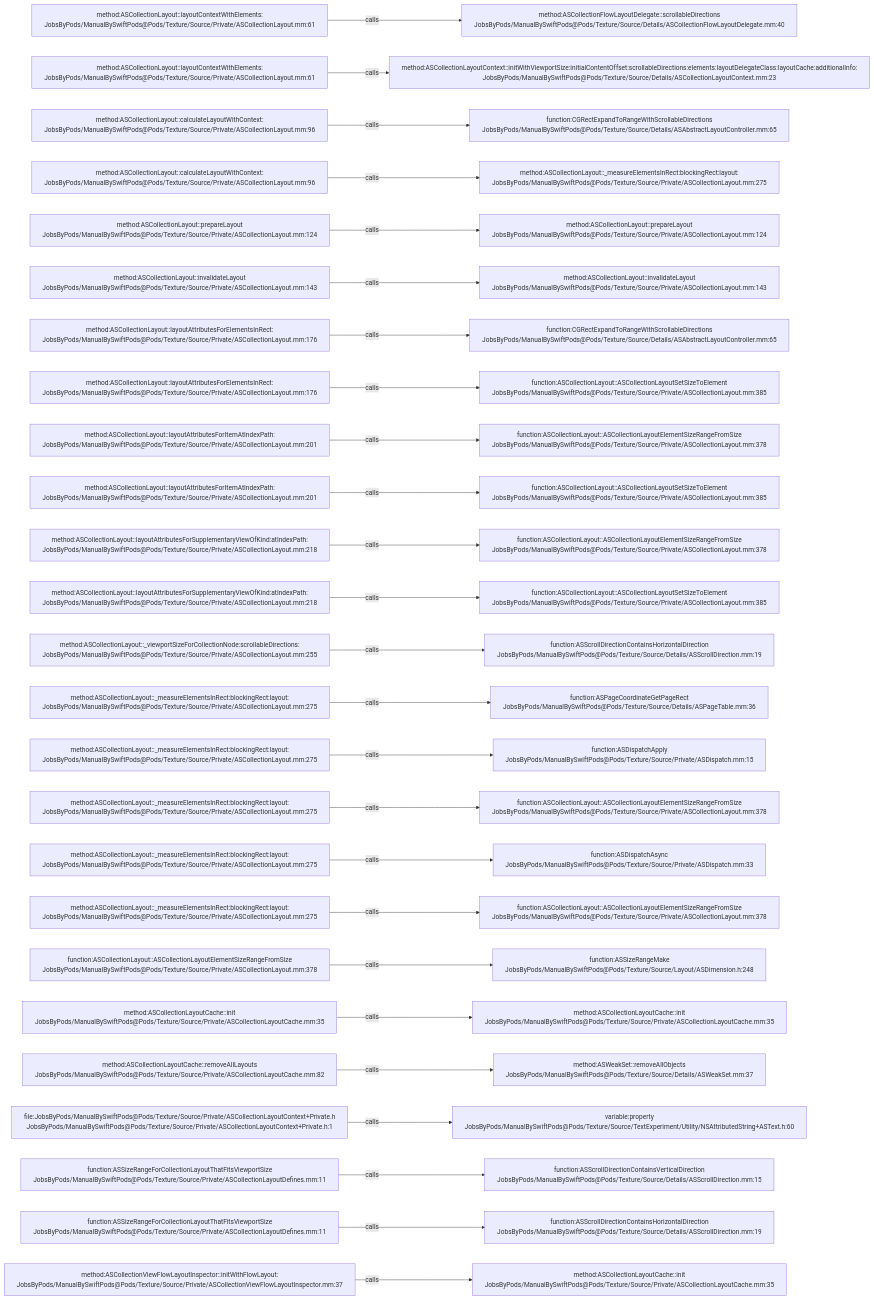
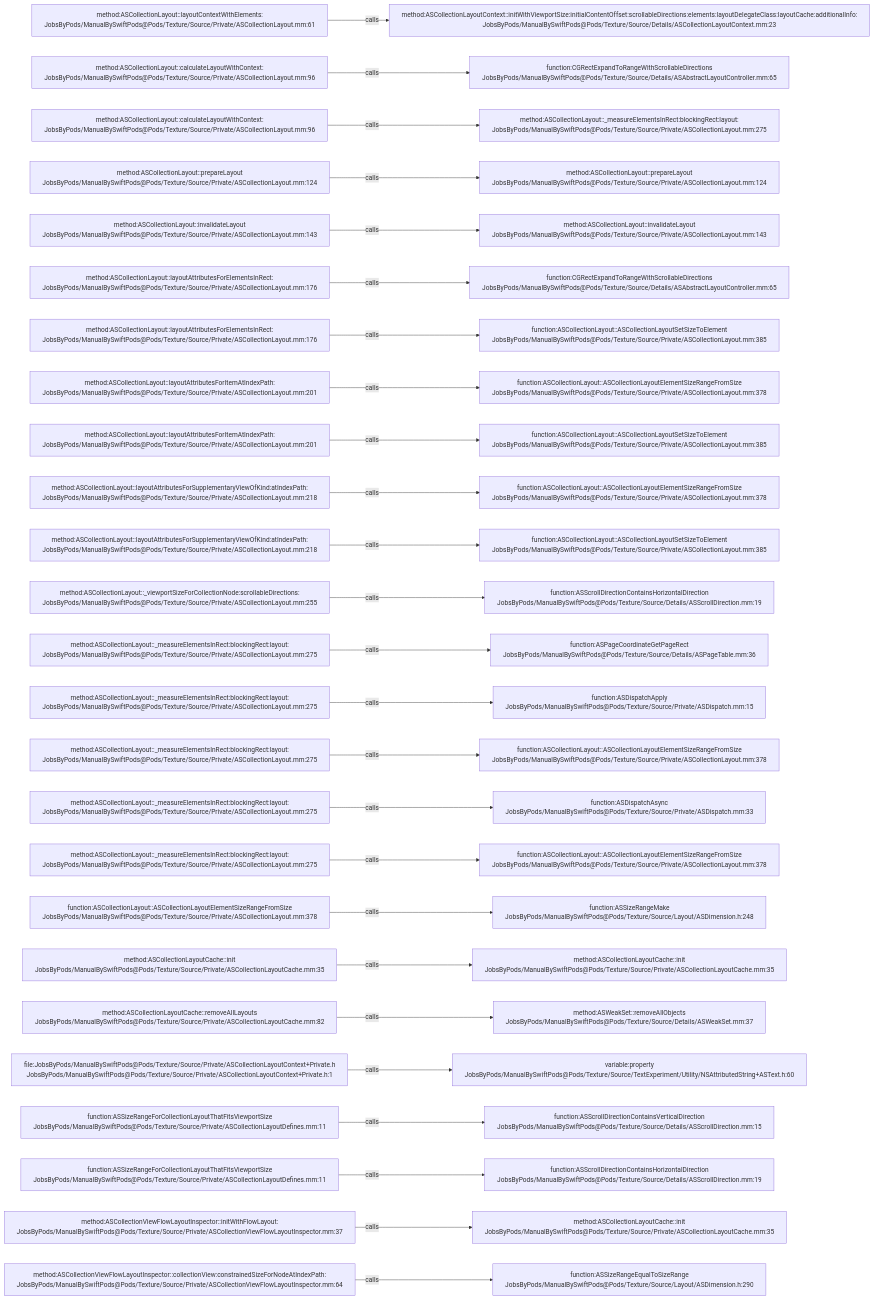
Before and after one commit to JobsKits/JobsSwiftBaseConfigDemo: the diagram in .codegraph/codegraph.md/graphs/calls-115.md, drawn with Mermaid. The commit also changed 747 other files, not shown here.

````diff
--- a/.codegraph/codegraph.md/graphs/calls-115.md
+++ b/.codegraph/codegraph.md/graphs/calls-115.md
@@ -13,78 +13,78 @@
 ```mermaid
 flowchart LR
   S1["method:ASCollectionLayout::layoutContextWithElements:<br/>JobsByPods/ManualBySwiftPods@Pods/Texture/Source/Private/ASCollectionLayout.mm:61"]
-  T1["method:ASCollectionFlowLayoutDelegate::scrollableDirections<br/>JobsByPods/ManualBySwiftPods@Pods/Texture/Source/Details/ASCollectionFlowLayoutDelegate.mm:40"]
+  T1["method:ASCollectionLayoutContext::initWithViewportSize:initialContentOffset:scrollableDirections:elements:layoutDelegateClass:layoutCache:additionalInfo:<br/>JobsByPods/ManualBySwiftPods@Pods/Texture/Source/Details/ASCollectionLayoutContext.mm:23"]
   S1 -->|calls| T1
-  S2["method:ASCollectionLayout::layoutContextWithElements:<br/>JobsByPods/ManualBySwiftPods@Pods/Texture/Source/Private/ASCollectionLayout.mm:61"]
-  T2["method:ASCollectionLayoutContext::initWithViewportSize:initialContentOffset:scrollableDirections:elements:layoutDelegateClass:layoutCache:additionalInfo:<br/>JobsByPods/ManualBySwiftPods@Pods/Texture/Source/Details/ASCollectionLayoutContext.mm:23"]
+  S2["method:ASCollectionLayout::calculateLayoutWithContext:<br/>JobsByPods/ManualBySwiftPods@Pods/Texture/Source/Private/ASCollectionLayout.mm:96"]
+  T2["function:CGRectExpandToRangeWithScrollableDirections<br/>JobsByPods/ManualBySwiftPods@Pods/Texture/Source/Details/ASAbstractLayoutController.mm:65"]
   S2 -->|calls| T2
   S3["method:ASCollectionLayout::calculateLayoutWithContext:<br/>JobsByPods/ManualBySwiftPods@Pods/Texture/Source/Private/ASCollectionLayout.mm:96"]
-  T3["function:CGRectExpandToRangeWithScrollableDirections<br/>JobsByPods/ManualBySwiftPods@Pods/Texture/Source/Details/ASAbstractLayoutController.mm:65"]
+  T3["method:ASCollectionLayout::_measureElementsInRect:blockingRect:layout:<br/>JobsByPods/ManualBySwiftPods@Pods/Texture/Source/Private/ASCollectionLayout.mm:275"]
   S3 -->|calls| T3
-  S4["method:ASCollectionLayout::calculateLayoutWithContext:<br/>JobsByPods/ManualBySwiftPods@Pods/Texture/Source/Private/ASCollectionLayout.mm:96"]
-  T4["method:ASCollectionLayout::_measureElementsInRect:blockingRect:layout:<br/>JobsByPods/ManualBySwiftPods@Pods/Texture/Source/Private/ASCollectionLayout.mm:275"]
+  S4["method:ASCollectionLayout::prepareLayout<br/>JobsByPods/ManualBySwiftPods@Pods/Texture/Source/Private/ASCollectionLayout.mm:124"]
+  T4["method:ASCollectionLayout::prepareLayout<br/>JobsByPods/ManualBySwiftPods@Pods/Texture/Source/Private/ASCollectionLayout.mm:124"]
   S4 -->|calls| T4
-  S5["method:ASCollectionLayout::prepareLayout<br/>JobsByPods/ManualBySwiftPods@Pods/Texture/Source/Private/ASCollectionLayout.mm:124"]
-  T5["method:ASCollectionLayout::prepareLayout<br/>JobsByPods/ManualBySwiftPods@Pods/Texture/Source/Private/ASCollectionLayout.mm:124"]
+  S5["method:ASCollectionLayout::invalidateLayout<br/>JobsByPods/ManualBySwiftPods@Pods/Texture/Source/Private/ASCollectionLayout.mm:143"]
+  T5["method:ASCollectionLayout::invalidateLayout<br/>JobsByPods/ManualBySwiftPods@Pods/Texture/Source/Private/ASCollectionLayout.mm:143"]
   S5 -->|calls| T5
-  S6["method:ASCollectionLayout::invalidateLayout<br/>JobsByPods/ManualBySwiftPods@Pods/Texture/Source/Private/ASCollectionLayout.mm:143"]
-  T6["method:ASCollectionLayout::invalidateLayout<br/>JobsByPods/ManualBySwiftPods@Pods/Texture/Source/Private/ASCollectionLayout.mm:143"]
+  S6["method:ASCollectionLayout::layoutAttributesForElementsInRect:<br/>JobsByPods/ManualBySwiftPods@Pods/Texture/Source/Private/ASCollectionLayout.mm:176"]
+  T6["function:CGRectExpandToRangeWithScrollableDirections<br/>JobsByPods/ManualBySwiftPods@Pods/Texture/Source/Details/ASAbstractLayoutController.mm:65"]
   S6 -->|calls| T6
   S7["method:ASCollectionLayout::layoutAttributesForElementsInRect:<br/>JobsByPods/ManualBySwiftPods@Pods/Texture/Source/Private/ASCollectionLayout.mm:176"]
-  T7["function:CGRectExpandToRangeWithScrollableDirections<br/>JobsByPods/ManualBySwiftPods@Pods/Texture/Source/Details/ASAbstractLayoutController.mm:65"]
+  T7["function:ASCollectionLayout::ASCollectionLayoutSetSizeToElement<br/>JobsByPods/ManualBySwiftPods@Pods/Texture/Source/Private/ASCollectionLayout.mm:385"]
   S7 -->|calls| T7
-  S8["method:ASCollectionLayout::layoutAttributesForElementsInRect:<br/>JobsByPods/ManualBySwiftPods@Pods/Texture/Source/Private/ASCollectionLayout.mm:176"]
-  T8["function:ASCollectionLayout::ASCollectionLayoutSetSizeToElement<br/>JobsByPods/ManualBySwiftPods@Pods/Texture/Source/Private/ASCollectionLayout.mm:385"]
+  S8["method:ASCollectionLayout::layoutAttributesForItemAtIndexPath:<br/>JobsByPods/ManualBySwiftPods@Pods/Texture/Source/Private/ASCollectionLayout.mm:201"]
+  T8["function:ASCollectionLayout::ASCollectionLayoutElementSizeRangeFromSize<br/>JobsByPods/ManualBySwiftPods@Pods/Texture/Source/Private/ASCollectionLayout.mm:378"]
   S8 -->|calls| T8
   S9["method:ASCollectionLayout::layoutAttributesForItemAtIndexPath:<br/>JobsByPods/ManualBySwiftPods@Pods/Texture/Source/Private/ASCollectionLayout.mm:201"]
-  T9["function:ASCollectionLayout::ASCollectionLayoutElementSizeRangeFromSize<br/>JobsByPods/ManualBySwiftPods@Pods/Texture/Source/Private/ASCollectionLayout.mm:378"]
+  T9["function:ASCollectionLayout::ASCollectionLayoutSetSizeToElement<br/>JobsByPods/ManualBySwiftPods@Pods/Texture/Source/Private/ASCollectionLayout.mm:385"]
   S9 -->|calls| T9
-  S10["method:ASCollectionLayout::layoutAttributesForItemAtIndexPath:<br/>JobsByPods/ManualBySwiftPods@Pods/Texture/Source/Private/ASCollectionLayout.mm:201"]
-  T10["function:ASCollectionLayout::ASCollectionLayoutSetSizeToElement<br/>JobsByPods/ManualBySwiftPods@Pods/Texture/Source/Private/ASCollectionLayout.mm:385"]
+  S10["method:ASCollectionLayout::layoutAttributesForSupplementaryViewOfKind:atIndexPath:<br/>JobsByPods/ManualBySwiftPods@Pods/Texture/Source/Private/ASCollectionLayout.mm:218"]
+  T10["function:ASCollectionLayout::ASCollectionLayoutElementSizeRangeFromSize<br/>JobsByPods/ManualBySwiftPods@Pods/Texture/Source/Private/ASCollectionLayout.mm:378"]
   S10 -->|calls| T10
   S11["method:ASCollectionLayout::layoutAttributesForSupplementaryViewOfKind:atIndexPath:<br/>JobsByPods/ManualBySwiftPods@Pods/Texture/Source/Private/ASCollectionLayout.mm:218"]
-  T11["function:ASCollectionLayout::ASCollectionLayoutElementSizeRangeFromSize<br/>JobsByPods/ManualBySwiftPods@Pods/Texture/Source/Private/ASCollectionLayout.mm:378"]
+  T11["function:ASCollectionLayout::ASCollectionLayoutSetSizeToElement<br/>JobsByPods/ManualBySwiftPods@Pods/Texture/Source/Private/ASCollectionLayout.mm:385"]
   S11 -->|calls| T11
-  S12["method:ASCollectionLayout::layoutAttributesForSupplementaryViewOfKind:atIndexPath:<br/>JobsByPods/ManualBySwiftPods@Pods/Texture/Source/Private/ASCollectionLayout.mm:218"]
-  T12["function:ASCollectionLayout::ASCollectionLayoutSetSizeToElement<br/>JobsByPods/ManualBySwiftPods@Pods/Texture/Source/Private/ASCollectionLayout.mm:385"]
+  S12["method:ASCollectionLayout::_viewportSizeForCollectionNode:scrollableDirections:<br/>JobsByPods/ManualBySwiftPods@Pods/Texture/Source/Private/ASCollectionLayout.mm:255"]
+  T12["function:ASScrollDirectionContainsHorizontalDirection<br/>JobsByPods/ManualBySwiftPods@Pods/Texture/Source/Details/ASScrollDirection.mm:19"]
   S12 -->|calls| T12
-  S13["method:ASCollectionLayout::_viewportSizeForCollectionNode:scrollableDirections:<br/>JobsByPods/ManualBySwiftPods@Pods/Texture/Source/Private/ASCollectionLayout.mm:255"]
-  T13["function:ASScrollDirectionContainsHorizontalDirection<br/>JobsByPods/ManualBySwiftPods@Pods/Texture/Source/Details/ASScrollDirection.mm:19"]
+  S13["method:ASCollectionLayout::_measureElementsInRect:blockingRect:layout:<br/>JobsByPods/ManualBySwiftPods@Pods/Texture/Source/Private/ASCollectionLayout.mm:275"]
+  T13["function:ASPageCoordinateGetPageRect<br/>JobsByPods/ManualBySwiftPods@Pods/Texture/Source/Details/ASPageTable.mm:36"]
   S13 -->|calls| T13
   S14["method:ASCollectionLayout::_measureElementsInRect:blockingRect:layout:<br/>JobsByPods/ManualBySwiftPods@Pods/Texture/Source/Private/ASCollectionLayout.mm:275"]
-  T14["function:ASPageCoordinateGetPageRect<br/>JobsByPods/ManualBySwiftPods@Pods/Texture/Source/Details/ASPageTable.mm:36"]
+  T14["function:ASDispatchApply<br/>JobsByPods/ManualBySwiftPods@Pods/Texture/Source/Private/ASDispatch.mm:15"]
   S14 -->|calls| T14
   S15["method:ASCollectionLayout::_measureElementsInRect:blockingRect:layout:<br/>JobsByPods/ManualBySwiftPods@Pods/Texture/Source/Private/ASCollectionLayout.mm:275"]
-  T15["function:ASDispatchApply<br/>JobsByPods/ManualBySwiftPods@Pods/Texture/Source/Private/ASDispatch.mm:15"]
+  T15["function:ASCollectionLayout::ASCollectionLayoutElementSizeRangeFromSize<br/>JobsByPods/ManualBySwiftPods@Pods/Texture/Source/Private/ASCollectionLayout.mm:378"]
   S15 -->|calls| T15
   S16["method:ASCollectionLayout::_measureElementsInRect:blockingRect:layout:<br/>JobsByPods/ManualBySwiftPods@Pods/Texture/Source/Private/ASCollectionLayout.mm:275"]
-  T16["function:ASCollectionLayout::ASCollectionLayoutElementSizeRangeFromSize<br/>JobsByPods/ManualBySwiftPods@Pods/Texture/Source/Private/ASCollectionLayout.mm:378"]
+  T16["function:ASDispatchAsync<br/>JobsByPods/ManualBySwiftPods@Pods/Texture/Source/Private/ASDispatch.mm:33"]
   S16 -->|calls| T16
   S17["method:ASCollectionLayout::_measureElementsInRect:blockingRect:layout:<br/>JobsByPods/ManualBySwiftPods@Pods/Texture/Source/Private/ASCollectionLayout.mm:275"]
-  T17["function:ASDispatchAsync<br/>JobsByPods/ManualBySwiftPods@Pods/Texture/Source/Private/ASDispatch.mm:33"]
+  T17["function:ASCollectionLayout::ASCollectionLayoutElementSizeRangeFromSize<br/>JobsByPods/ManualBySwiftPods@Pods/Texture/Source/Private/ASCollectionLayout.mm:378"]
   S17 -->|calls| T17
-  S18["method:ASCollectionLayout::_measureElementsInRect:blockingRect:layout:<br/>JobsByPods/ManualBySwiftPods@Pods/Texture/Source/Private/ASCollectionLayout.mm:275"]
-  T18["function:ASCollectionLayout::ASCollectionLayoutElementSizeRangeFromSize<br/>JobsByPods/ManualBySwiftPods@Pods/Texture/Source/Private/ASCollectionLayout.mm:378"]
+  S18["function:ASCollectionLayout::ASCollectionLayoutElementSizeRangeFromSize<br/>JobsByPods/ManualBySwiftPods@Pods/Texture/Source/Private/ASCollectionLayout.mm:378"]
+  T18["function:ASSizeRangeMake<br/>JobsByPods/ManualBySwiftPods@Pods/Texture/Source/Layout/ASDimension.h:248"]
   S18 -->|calls| T18
-  S19["function:ASCollectionLayout::ASCollectionLayoutElementSizeRangeFromSize<br/>JobsByPods/ManualBySwiftPods@Pods/Texture/Source/Private/ASCollectionLayout.mm:378"]
-  T19["function:ASSizeRangeMake<br/>JobsByPods/ManualBySwiftPods@Pods/Texture/Source/Layout/ASDimension.h:248"]
+  S19["method:ASCollectionLayoutCache::init<br/>JobsByPods/ManualBySwiftPods@Pods/Texture/Source/Private/ASCollectionLayoutCache.mm:35"]
+  T19["method:ASCollectionLayoutCache::init<br/>JobsByPods/ManualBySwiftPods@Pods/Texture/Source/Private/ASCollectionLayoutCache.mm:35"]
   S19 -->|calls| T19
-  S20["method:ASCollectionLayoutCache::init<br/>JobsByPods/ManualBySwiftPods@Pods/Texture/Source/Private/ASCollectionLayoutCache.mm:35"]
-  T20["method:ASCollectionLayoutCache::init<br/>JobsByPods/ManualBySwiftPods@Pods/Texture/Source/Private/ASCollectionLayoutCache.mm:35"]
+  S20["method:ASCollectionLayoutCache::removeAllLayouts<br/>JobsByPods/ManualBySwiftPods@Pods/Texture/Source/Private/ASCollectionLayoutCache.mm:82"]
+  T20["method:ASWeakSet::removeAllObjects<br/>JobsByPods/ManualBySwiftPods@Pods/Texture/Source/Details/ASWeakSet.mm:37"]
   S20 -->|calls| T20
-  S21["method:ASCollectionLayoutCache::removeAllLayouts<br/>JobsByPods/ManualBySwiftPods@Pods/Texture/Source/Private/ASCollectionLayoutCache.mm:82"]
-  T21["method:ASWeakSet::removeAllObjects<br/>JobsByPods/ManualBySwiftPods@Pods/Texture/Source/Details/ASWeakSet.mm:37"]
+  S21["file:JobsByPods/ManualBySwiftPods@Pods/Texture/Source/Private/ASCollectionLayoutContext+Private.h<br/>JobsByPods/ManualBySwiftPods@Pods/Texture/Source/Private/ASCollectionLayoutContext+Private.h:1"]
+  T21["variable:property<br/>JobsByPods/ManualBySwiftPods@Pods/Texture/Source/TextExperiment/Utility/NSAttributedString+ASText.h:60"]
   S21 -->|calls| T21
-  S22["file:JobsByPods/ManualBySwiftPods@Pods/Texture/Source/Private/ASCollectionLayoutContext+Private.h<br/>JobsByPods/ManualBySwiftPods@Pods/Texture/Source/Private/ASCollectionLayoutContext+Private.h:1"]
-  T22["variable:property<br/>JobsByPods/ManualBySwiftPods@Pods/Texture/Source/TextExperiment/Utility/NSAttributedString+ASText.h:60"]
+  S22["function:ASSizeRangeForCollectionLayoutThatFitsViewportSize<br/>JobsByPods/ManualBySwiftPods@Pods/Texture/Source/Private/ASCollectionLayoutDefines.mm:11"]
+  T22["function:ASScrollDirectionContainsVerticalDirection<br/>JobsByPods/ManualBySwiftPods@Pods/Texture/Source/Details/ASScrollDirection.mm:15"]
   S22 -->|calls| T22
   S23["function:ASSizeRangeForCollectionLayoutThatFitsViewportSize<br/>JobsByPods/ManualBySwiftPods@Pods/Texture/Source/Private/ASCollectionLayoutDefines.mm:11"]
-  T23["function:ASScrollDirectionContainsVerticalDirection<br/>JobsByPods/ManualBySwiftPods@Pods/Texture/Source/Details/ASScrollDirection.mm:15"]
+  T23["function:ASScrollDirectionContainsHorizontalDirection<br/>JobsByPods/ManualBySwiftPods@Pods/Texture/Source/Details/ASScrollDirection.mm:19"]
   S23 -->|calls| T23
-  S24["function:ASSizeRangeForCollectionLayoutThatFitsViewportSize<br/>JobsByPods/ManualBySwiftPods@Pods/Texture/Source/Private/ASCollectionLayoutDefines.mm:11"]
-  T24["function:ASScrollDirectionContainsHorizontalDirection<br/>JobsByPods/ManualBySwiftPods@Pods/Texture/Source/Details/ASScrollDirection.mm:19"]
+  S24["method:ASCollectionViewFlowLayoutInspector::initWithFlowLayout:<br/>JobsByPods/ManualBySwiftPods@Pods/Texture/Source/Private/ASCollectionViewFlowLayoutInspector.mm:37"]
+  T24["method:ASCollectionLayoutCache::init<br/>JobsByPods/ManualBySwiftPods@Pods/Texture/Source/Private/ASCollectionLayoutCache.mm:35"]
   S24 -->|calls| T24
-  S25["method:ASCollectionViewFlowLayoutInspector::initWithFlowLayout:<br/>JobsByPods/ManualBySwiftPods@Pods/Texture/Source/Private/ASCollectionViewFlowLayoutInspector.mm:37"]
-  T25["method:ASCollectionLayoutCache::init<br/>JobsByPods/ManualBySwiftPods@Pods/Texture/Source/Private/ASCollectionLayoutCache.mm:35"]
+  S25["method:ASCollectionViewFlowLayoutInspector::collectionView:constrainedSizeForNodeAtIndexPath:<br/>JobsByPods/ManualBySwiftPods@Pods/Texture/Source/Private/ASCollectionViewFlowLayoutInspector.mm:64"]
+  T25["function:ASSizeRangeEqualToSizeRange<br/>JobsByPods/ManualBySwiftPods@Pods/Texture/Source/Layout/ASDimension.h:290"]
   S25 -->|calls| T25
 ```
````
